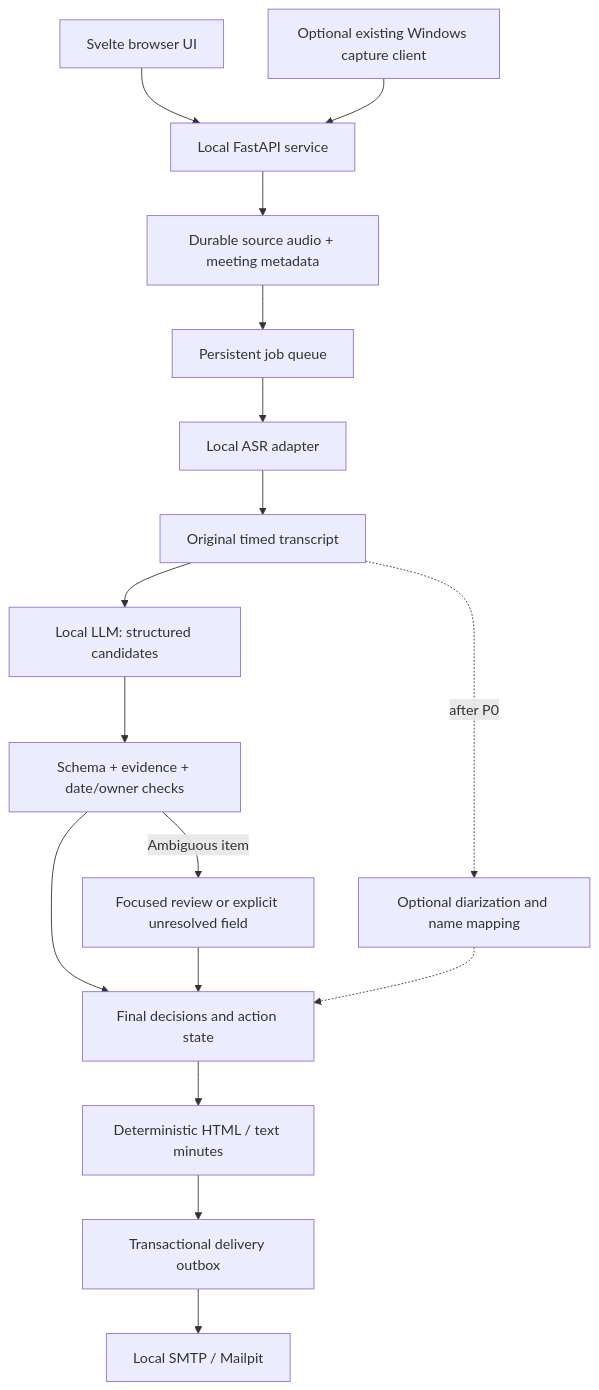
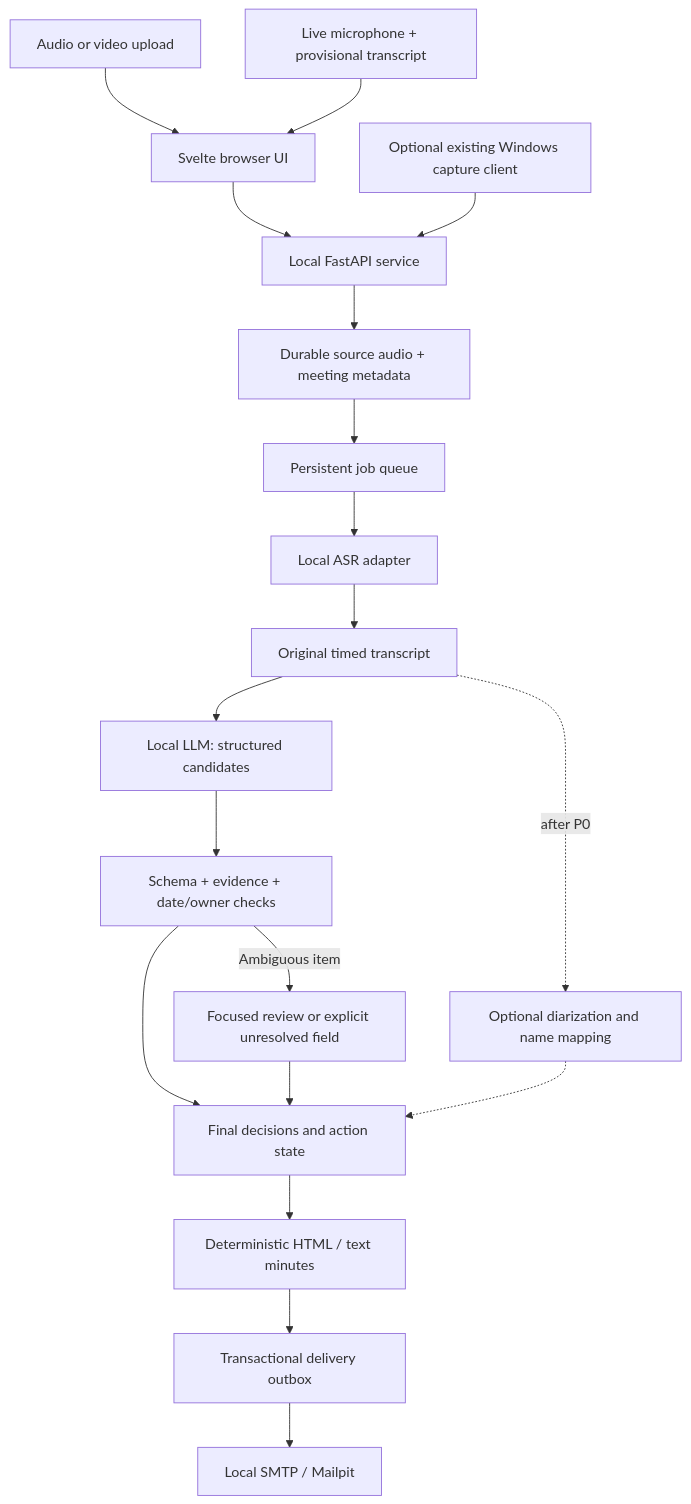
One commit to Horalix/gigahack_2026 changed the diagram in hackathon/02-target-architecture.md. Above: the diagram before and after it, drawn with Mermaid. The commit also changed other lines of this file and 7 other files, not shown here.

````diff
--- a/hackathon/02-target-architecture.md
+++ b/hackathon/02-target-architecture.md
@@ -7,19 +7,21 @@
 ```mermaid
 flowchart TD
-    WEB[Svelte browser UI] --> API[Local FastAPI service]
+    UPLOAD[Audio or video upload] --> WEB[Svelte browser UI]
+    MIC[Live microphone + provisional transcript] --> WEB
+    WEB --> API[Local FastAPI service]
     TAURI[Optional existing Windows capture client] --> API
     API --> AUDIO[Durable source audio + meeting metadata]
     AUDIO --> JOB[Persistent job queue]
     JOB --> ASR[Local ASR adapter]
     ASR --> TRANSCRIPT[Original timed transcript]
     TRANSCRIPT --> LLM[Local LLM: structured candidates]
     LLM --> CHECK[Schema + evidence + date/owner checks]
     CHECK --> STATE[Final decisions and action state]
     STATE --> RENDER[Deterministic HTML / text minutes]
     RENDER --> OUTBOX[Transactional delivery outbox]
     OUTBOX --> SMTP[Local SMTP / Mailpit]
     TRANSCRIPT -. after P0 .-> SPEAKERS[Optional diarization and name mapping]
     SPEAKERS -.-> STATE
     CHECK -->|Ambiguous item| REVIEW[Focused review or explicit unresolved field]
     REVIEW --> STATE
 ```
````
